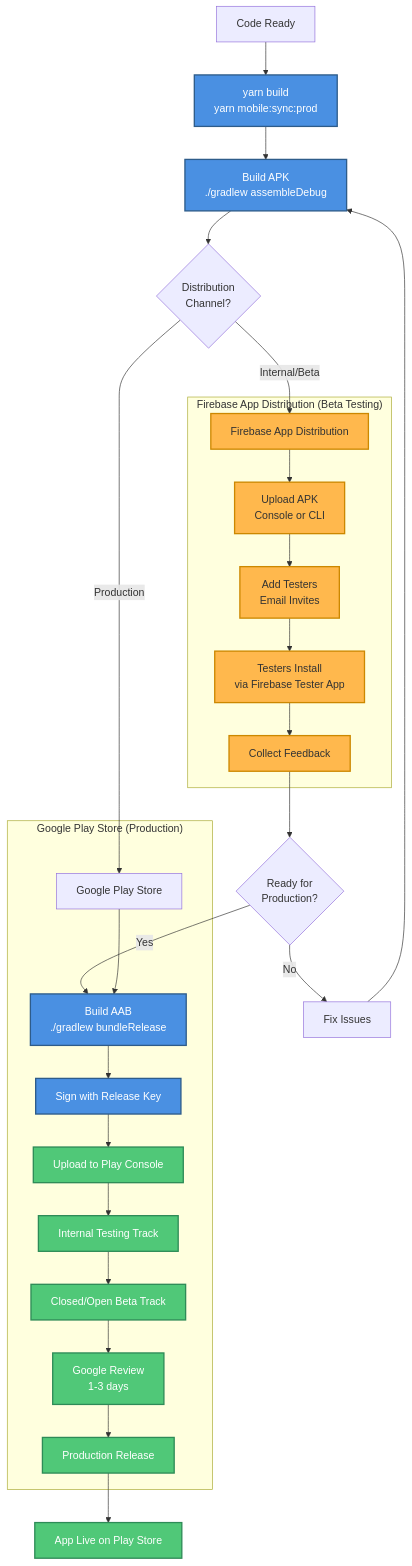
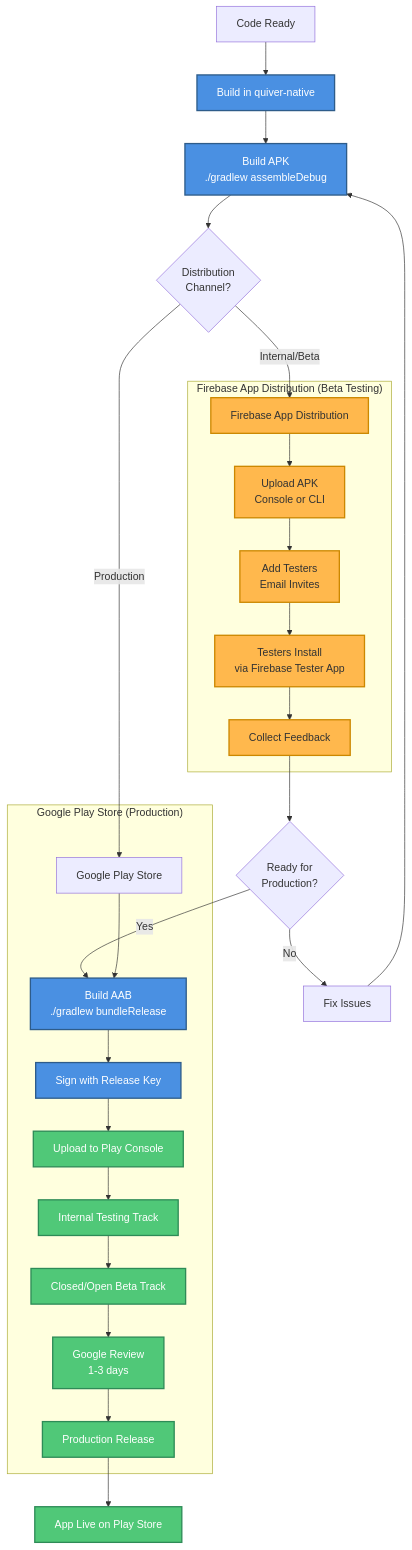
Before and after one commit to SteveChandler/quiver: the fifth of 8 diagrams in docs/diagrams/deployment.md, drawn with Mermaid. The commit also changed other lines of this file and 237 other files, not shown here.

````diff
--- a/docs/diagrams/deployment.md
+++ b/docs/diagrams/deployment.md
@@ -365,42 +365,42 @@
 ```mermaid
 graph TD
-    Start[Code Ready] --> CapSync[yarn build<br/>yarn mobile:sync:prod]
+    Start[Code Ready] --> CapSync[Build in quiver-native]
     CapSync --> BuildAPK[Build APK<br/>./gradlew assembleDebug]
 
     BuildAPK --> BetaChoice{Distribution<br/>Channel?}
 
     BetaChoice -->|Internal/Beta| FirebaseDist[Firebase App Distribution]
     BetaChoice -->|Production| PlayStore[Google Play Store]
 
     subgraph "Firebase App Distribution (Beta Testing)"
         FirebaseDist --> UploadAPK[Upload APK<br/>Console or CLI]
         UploadAPK --> AddTesters[Add Testers<br/>Email Invites]
         AddTesters --> TesterInstall[Testers Install<br/>via Firebase Tester App]
         TesterInstall --> BetaFeedback[Collect Feedback]
     end
 
     BetaFeedback --> ReadyProd{Ready for<br/>Production?}
     ReadyProd -->|No| FixIssues[Fix Issues]
     FixIssues --> BuildAPK
     ReadyProd -->|Yes| BuildAAB[Build AAB<br/>./gradlew bundleRelease]
 
     subgraph "Google Play Store (Production)"
         PlayStore --> BuildAAB
         BuildAAB --> SignApp[Sign with Release Key]
         SignApp --> UploadPlay[Upload to Play Console]
         UploadPlay --> InternalTrack[Internal Testing Track]
         InternalTrack --> BetaTrack[Closed/Open Beta Track]
         BetaTrack --> GoogleReview[Google Review<br/>1-3 days]
         GoogleReview --> ProdRelease[Production Release]
     end
 
     ProdRelease --> End[App Live on Play Store]
 
     classDef buildClass fill:#4A90E2,stroke:#2E5C8A,stroke-width:2px,color:#fff
     classDef betaClass fill:#FFB84D,stroke:#CC8800,stroke-width:2px
     classDef prodClass fill:#50C878,stroke:#2E8B57,stroke-width:2px,color:#fff
 
     class CapSync,BuildAPK,BuildAAB,SignApp buildClass
     class FirebaseDist,UploadAPK,AddTesters,TesterInstall,BetaFeedback betaClass
     class UploadPlay,InternalTrack,BetaTrack,GoogleReview,ProdRelease,End prodClass
 ```
````
